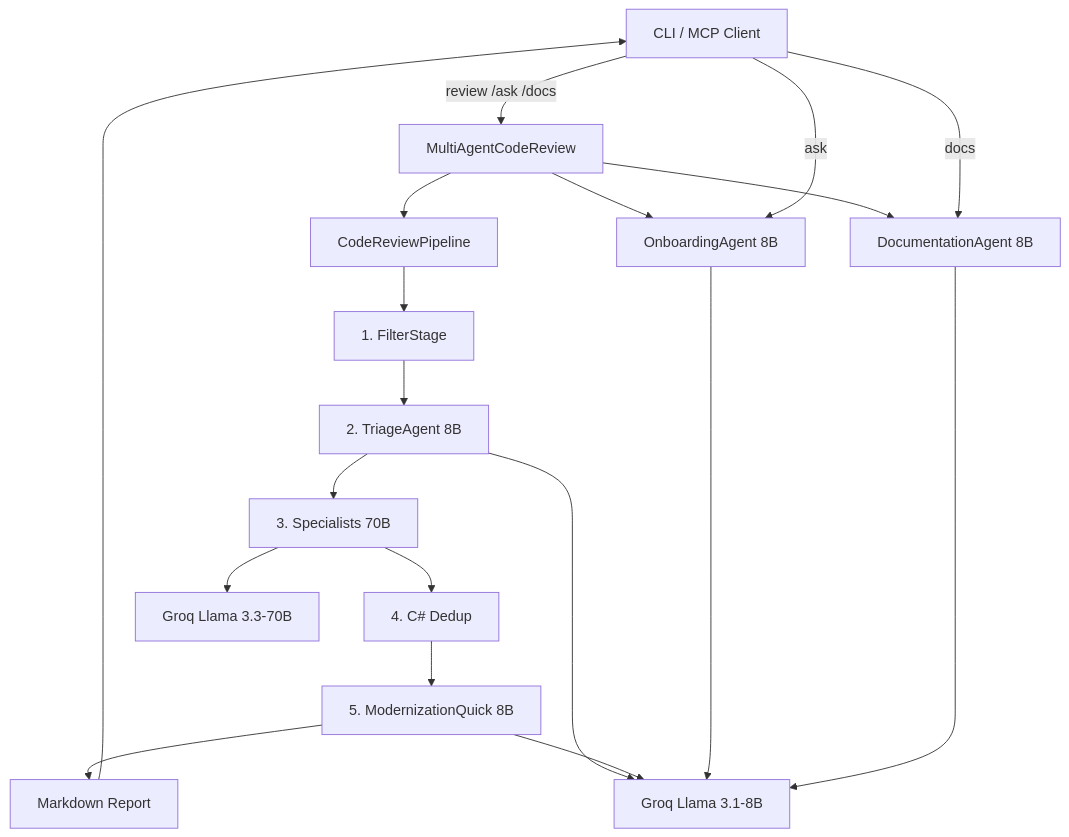
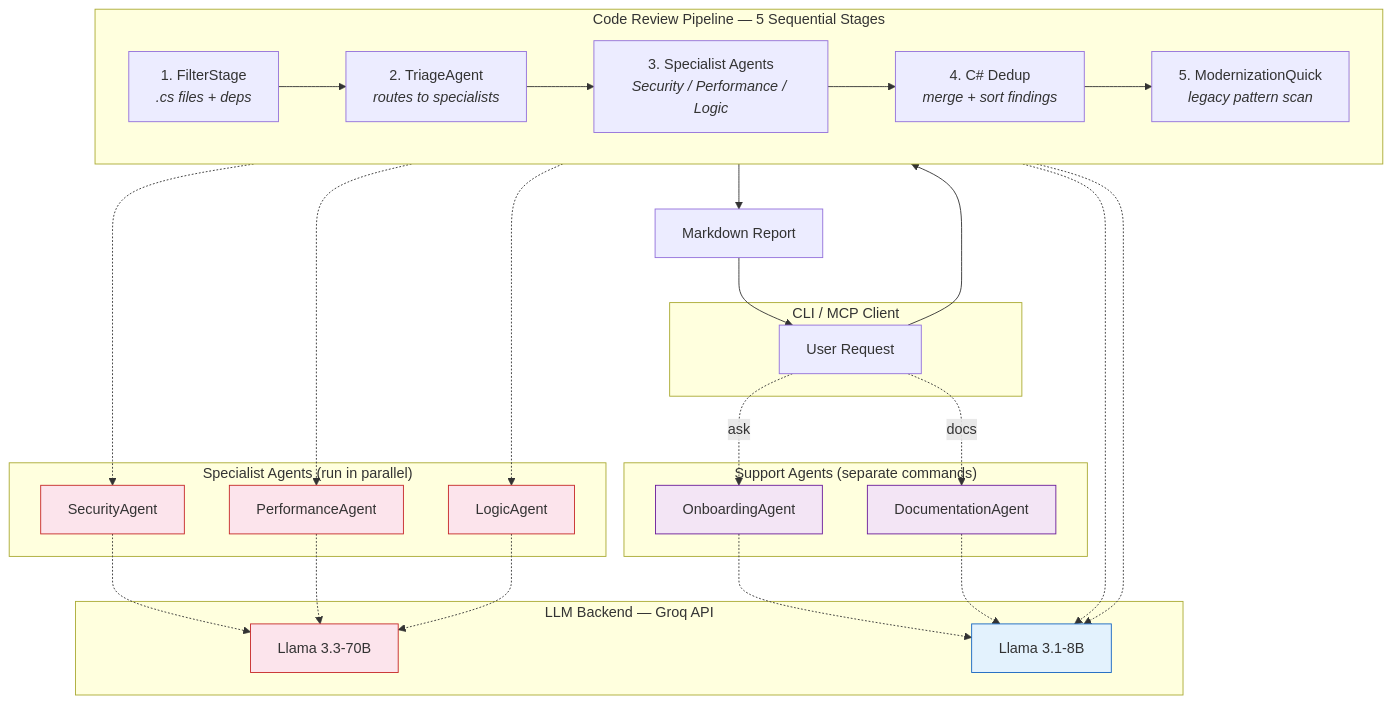
One commit to bhavyananda17/multi_agent_code_review_mcpserver changed the first of 5 diagrams in README.md. Above: the diagram before and after it, drawn with Mermaid.

Commit message:
flowchart updated

````diff
--- a/README.md
+++ b/README.md
@@ -11,26 +11,52 @@
 ```mermaid
 graph TB
-    Client[CLI / MCP Client] -->|"review /ask /docs"| Server[MultiAgentCodeReview]
+    classDef small fill:#e3f2fd,stroke:#1565c0
+    classDef large fill:#fce4ec,stroke:#c62828
+    classDef support fill:#f3e5f5,stroke:#6a1b9a
 
-    Server --> Pipeline[CodeReviewPipeline]
-    Pipeline --> Filter[1. FilterStage]
-    Filter --> Triage[2. TriageAgent 8B]
-    Triage --> Specialists[3. Specialists 70B]
-    Specialists --> Dedup[4. C# Dedup]
-    Dedup --> Modern[5. ModernizationQuick 8B]
+    subgraph "CLI / MCP Client"
+        C[User Request]
+    end
 
-    Modern --> Output[Markdown Report]
-    Output --> Client
+    subgraph "Code Review Pipeline — 5 Sequential Stages"
+        direction LR
+        F1["1. FilterStage<br/><i>.cs files + deps</i>"]
+        F2["2. TriageAgent<br/><i>routes to specialists</i>"]
+        F3["3. Specialist Agents<br/><i>Security / Performance / Logic</i>"]
+        F4["4. C# Dedup<br/><i>merge + sort findings</i>"]
+        F5["5. ModernizationQuick<br/><i>legacy pattern scan</i>"]
+    end
 
-    Server --> Onboard[OnboardingAgent 8B]
-    Server --> Doc[DocumentationAgent 8B]
+    subgraph "Specialist Agents (run in parallel)"
+        SA[SecurityAgent]:::large
+        PA[PerformanceAgent]:::large
+        LA[LogicAgent]:::large
+    end
 
-    Client -->|"ask"| Onboard
-    Client -->|"docs"| Doc
+    subgraph "Support Agents (separate commands)"
+        OA[OnboardingAgent]:::support
+        DA[DocumentationAgent]:::support
+    end
 
-    Specialists --> Groq70[Groq Llama 3.3-70B]
-    Triage --> Groq8[Groq Llama 3.1-8B]
-    Modern --> Groq8
-    Onboard --> Groq8
-    Doc --> Groq8
+    subgraph "LLM Backend — Groq API"
+        M70[Llama 3.3-70B]:::large
+        M8[Llama 3.1-8B]:::small
+    end
+
+    C --> F1
+    F1 --> F2
+    F2 --> F3
+    F3 --> F4
+    F4 --> F5
+    F5 --> Report[Markdown Report]
+    Report --> C
+
+    F3 -.-> SA & PA & LA
+    SA & PA & LA -.-> M70
+    F2 -.-> M8
+    F5 -.-> M8
+
+    C -.->|"ask"| OA
+    C -.->|"docs"| DA
+    OA & DA -.-> M8
 ```
````
